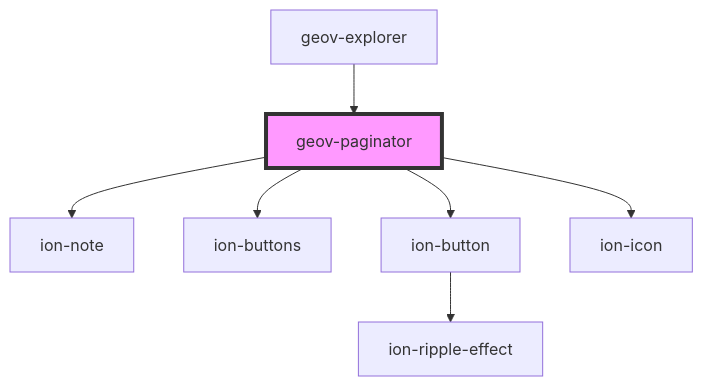
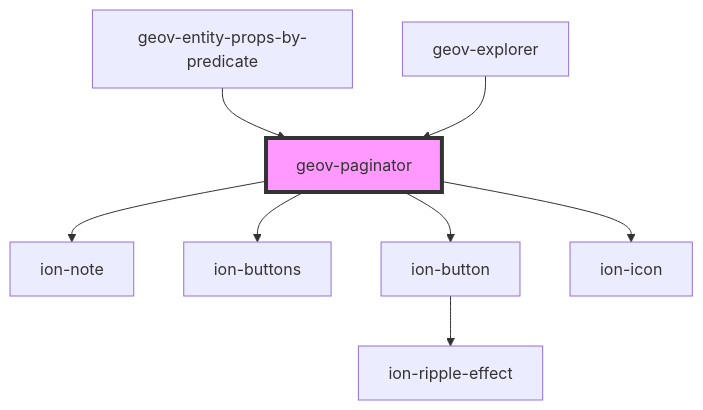
One commit to geovistory/design-system changed the diagram in packages/design-system-web/src/components/geov-paginator/readme.md. Above: the diagram before and after it, drawn with Mermaid. The commit also changed other lines of this file and 11 other files, not shown here.

````diff
--- a/packages/design-system-web/src/components/geov-paginator/readme.md
+++ b/packages/design-system-web/src/components/geov-paginator/readme.md
@@ -40,10 +41,11 @@
 ```mermaid
 graph TD;
   geov-paginator --> ion-note
   geov-paginator --> ion-buttons
   geov-paginator --> ion-button
   geov-paginator --> ion-icon
   ion-button --> ion-ripple-effect
+  geov-entity-props-by-predicate --> geov-paginator
   geov-explorer --> geov-paginator
   style geov-paginator fill:#f9f,stroke:#333,stroke-width:4px
 ```
````
